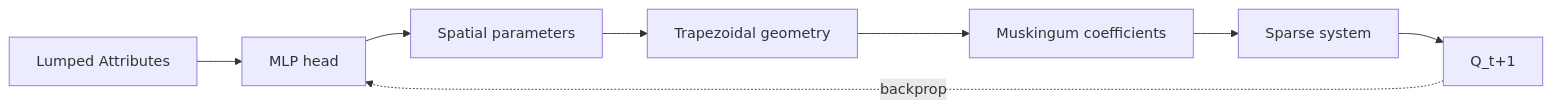
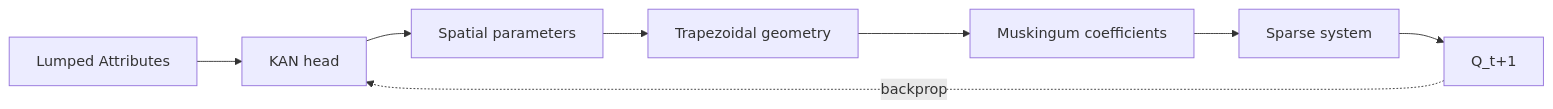
The diagram in docs/intro.md (taddyb/ddrs), drawn with Mermaid before and after one commit. The commit also changed other lines of this file and 16 other files, not shown here.

````diff
--- a/docs/intro.md
+++ b/docs/intro.md
@@ -26,10 +44,10 @@
 ```mermaid
 flowchart LR
-    A[Lumped Attributes] --> B[MLP head]
+    A[Lumped Attributes] --> B[KAN head]
     B --> C[Spatial parameters]
     C --> D[Trapezoidal geometry]
     D --> E[Muskingum coefficients]
     E --> F[Sparse system]
     F --> G[Q_t+1]
     G -.->|backprop| B
 ```
````
